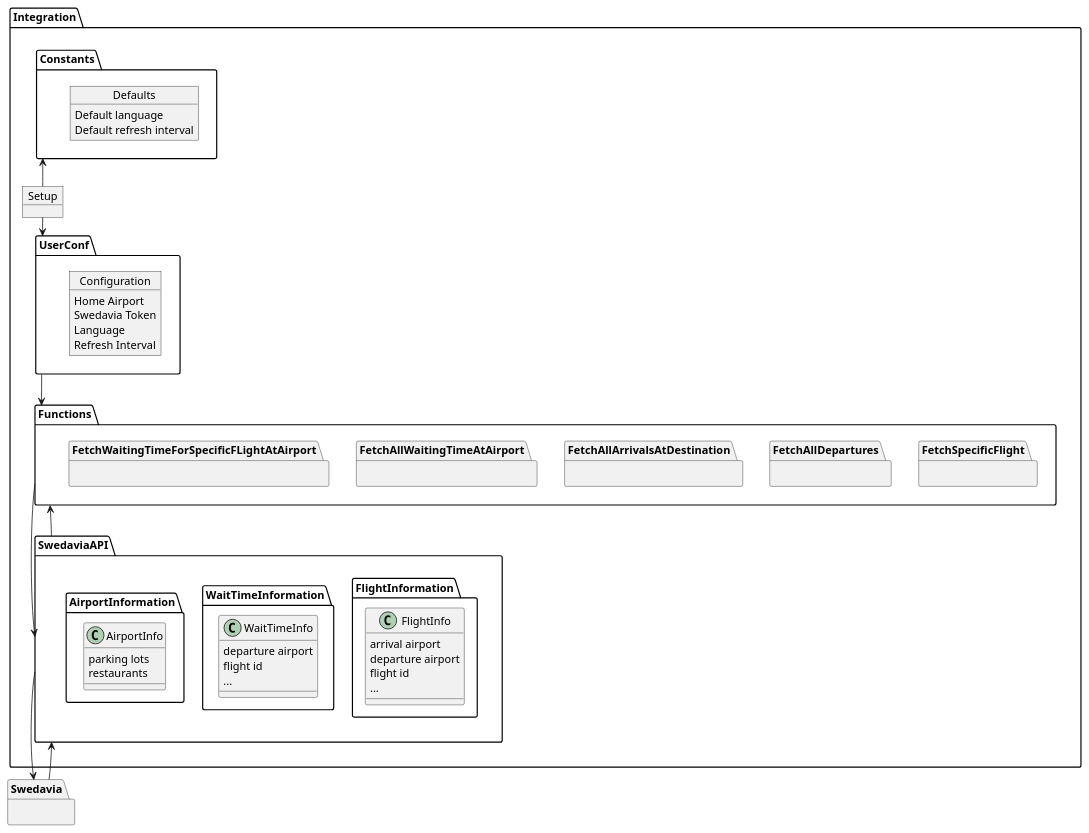
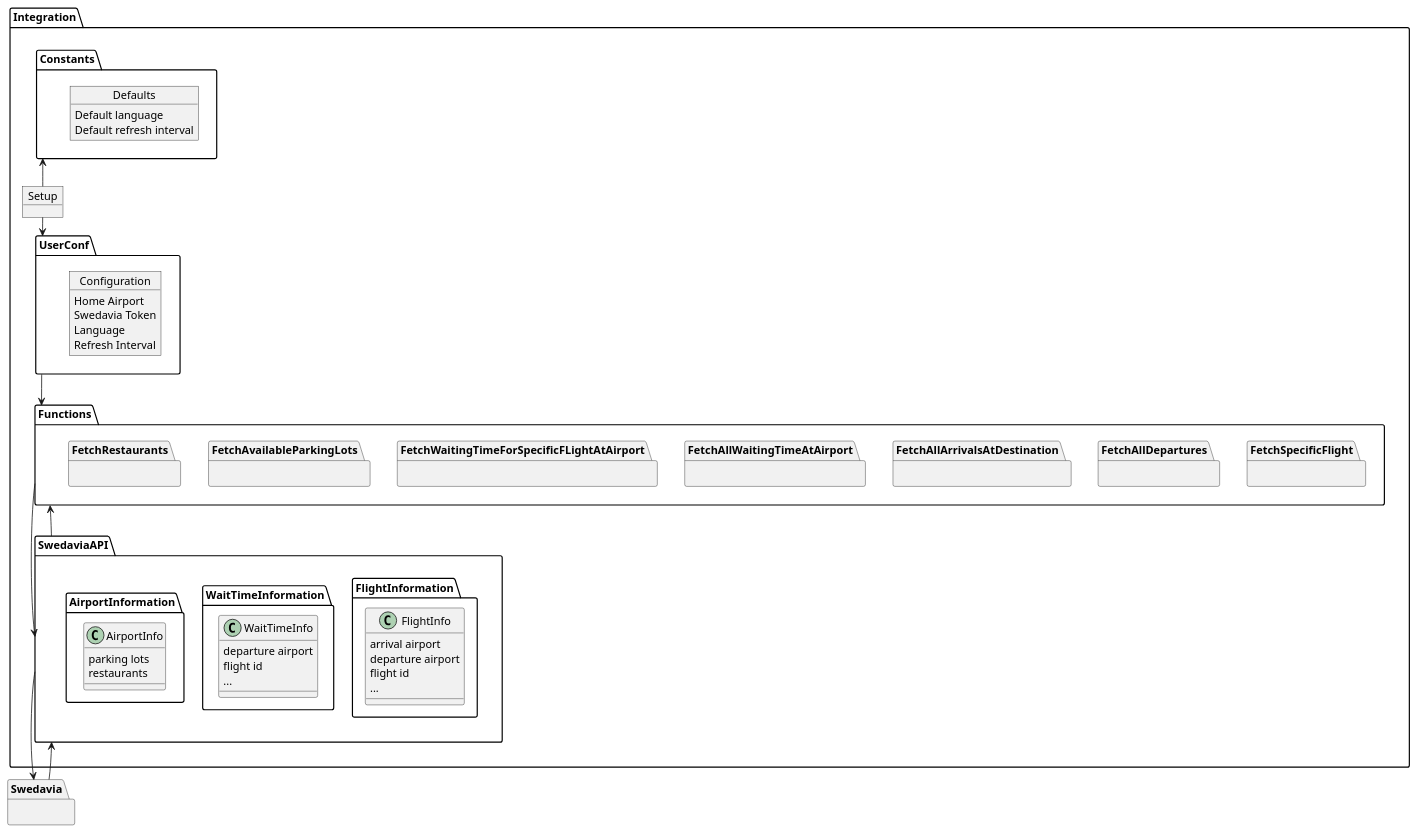
The diagram in system-architecture.plantuml (Smooth-Ruff/hass-core), drawn with PlantUML before and after one commit.

```diff
--- a/system-architecture.plantuml
+++ b/system-architecture.plantuml
@@ -1,81 +1,83 @@
 @startuml
 
 package Integration {
 
  object Setup{
 }
 
  package Functions as FUNCTIONS {
   package FetchSpecificFlight{}
   package FetchAllDepartures{}
   package FetchAllArrivalsAtDestination{}
  package FetchAllWaitingTimeAtAirport{}
  package FetchWaitingTimeForSpecificFLightAtAirport{}
+  package FetchAvailableParkingLots{}
+  package FetchRestaurants{}
   }
 
 
  package Constants as CONST {
    object Defaults {
      Default language
      Default refresh interval
    }
  }
 
 
  package UserConf as CONF{
    object Configuration{
      Home Airport
      Swedavia Token
      Language
      Refresh Interval
    }
  }
 
  package SwedaviaAPI as SWEDAPI{
 
    package FlightInformation {
     class FlightInfo {
        arrival airport
        departure airport
        flight id
        ...
     }
    }
  package WaitTimeInformation {
     class WaitTimeInfo {
        departure airport
        flight id
        ...
     }
    }
   package AirportInformation {
     class AirportInfo {
       parking lots
       restaurants
       
   }
  }
 
  }
  
 
 
  
 
 }
 
 package Swedavia as SWED{
 }
 
 SWEDAPI--> SWED
 SWED--> SWEDAPI
 
 FUNCTIONS --> SWEDAPI
 FUNCTIONS <-- SWEDAPI
 
 CONF --> FUNCTIONS
 
 Setup --> CONF
 CONST <-- Setup
 
 @enduml
```
